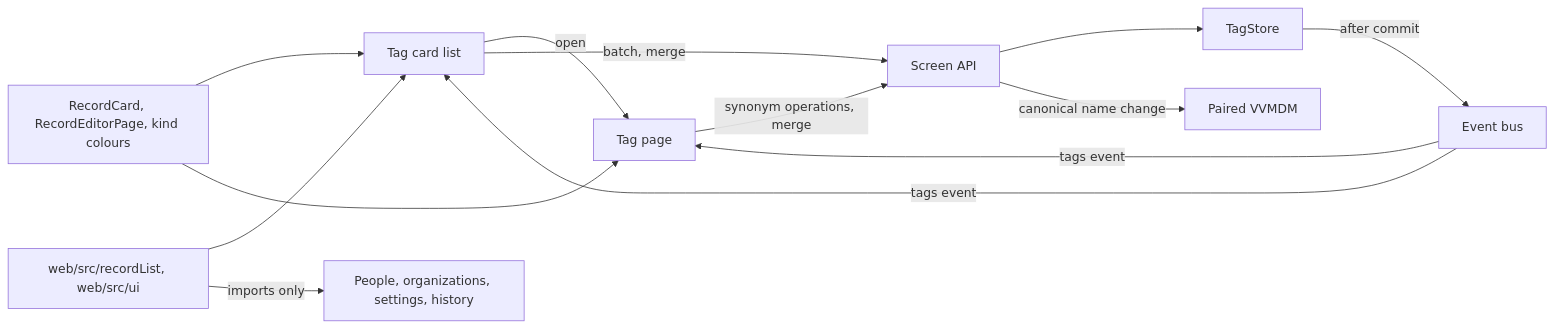
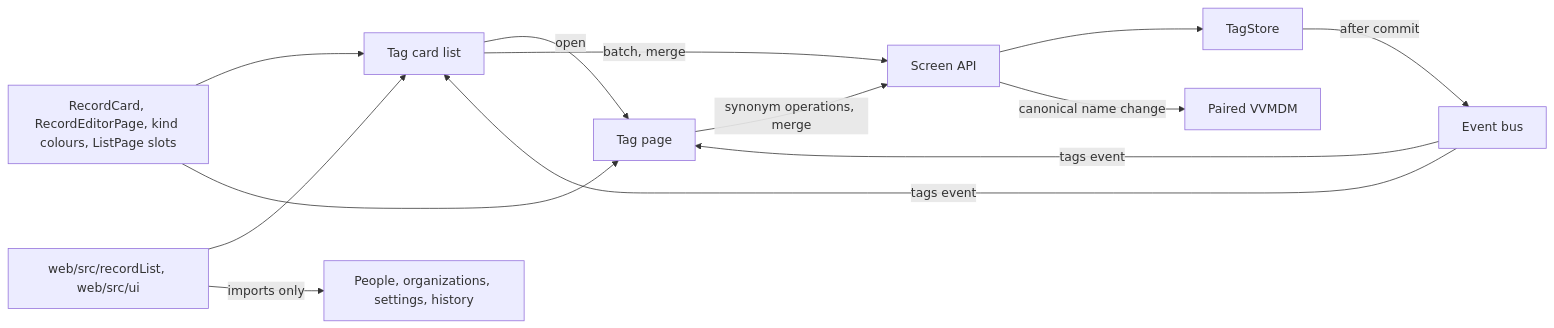
Before and after one commit to syudead/vv: the first of 4 diagrams in specs/070-tag-workbench/plan.md, drawn with Mermaid. The commit also changed other lines of this file, not shown here.

````diff
--- a/specs/070-tag-workbench/plan.md
+++ b/specs/070-tag-workbench/plan.md
@@ -22,15 +23,15 @@
 ```mermaid
 flowchart LR
   list[Tag card list] -->|open| page[Tag page]
   list -->|batch, merge| api[Screen API]
   page -->|synonym operations, merge| api
   api --> store[TagStore]
   api -->|canonical name change| peer[Paired VVMDM]
   store -->|after commit| bus[Event bus]
   bus -->|tags event| list
   bus -->|tags event| page
-  ds[RecordCard, RecordEditorPage, kind colours] --> list
+  ds[RecordCard, RecordEditorPage, kind colours, ListPage slots] --> list
   ds --> page
   shared[web/src/recordList, web/src/ui] --> list
   shared -->|imports only| others[People, organizations, settings, history]
 ```
````
